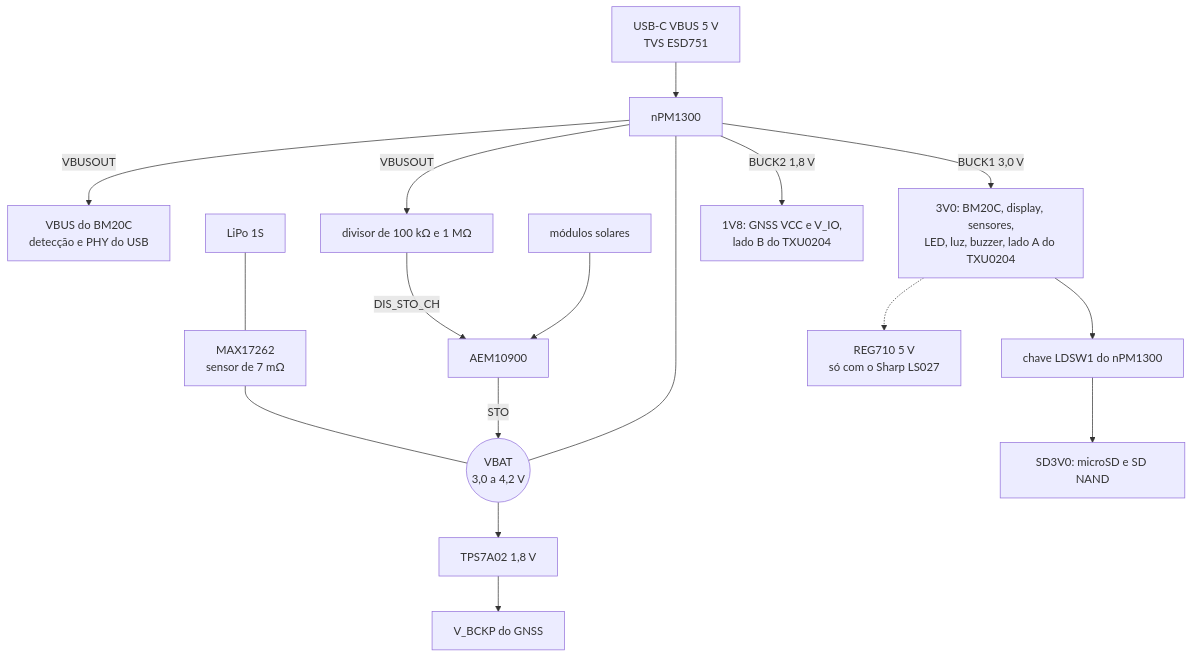
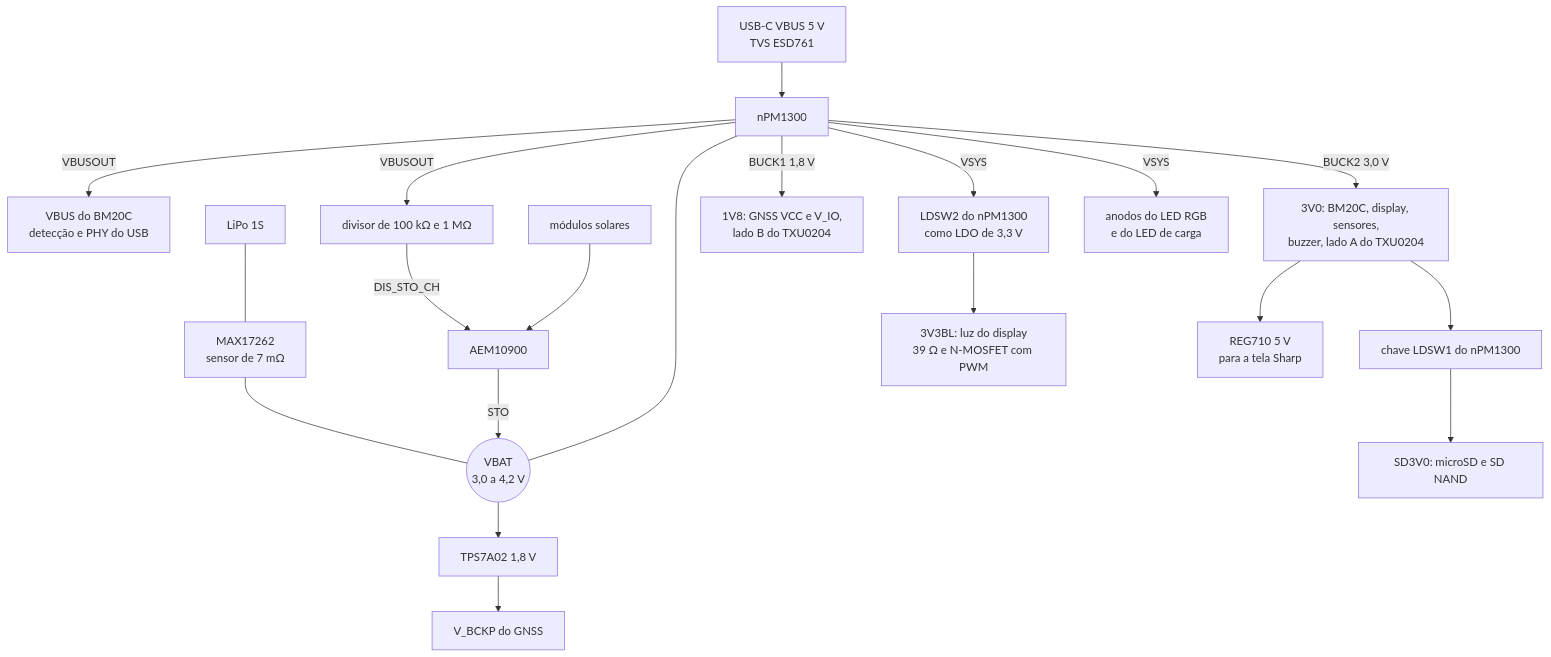
Before and after one commit to Guiimartinho/gnss-bike-computer: the second of 3 diagrams in docs/14-hardware-placa-nova.md, drawn with Mermaid. The commit also changed other lines of this file and 13 other files, not shown here.

````diff
--- a/docs/14-hardware-placa-nova.md
+++ b/docs/14-hardware-placa-nova.md
@@ -81,19 +81,22 @@
 ```mermaid
 flowchart TD
-    VBUS["USB-C VBUS 5 V<br/>TVS ESD751"] --> PMIC["nPM1300"]
+    VBUS["USB-C VBUS 5 V<br/>TVS ESD761"] --> PMIC["nPM1300"]
     PMIC -->|"VBUSOUT"| NRFVBUS["VBUS do BM20C<br/>detecção e PHY do USB"]
     PMIC -->|"VBUSOUT"| DIV["divisor de 100 kΩ e 1 MΩ"]
     DIV -->|"DIS_STO_CH"| AEM
     CELL["LiPo 1S"] --- GAUGE["MAX17262<br/>sensor de 7 mΩ"]
     GAUGE --- VBAT(("VBAT<br/>3,0 a 4,2 V"))
     VBAT --- PMIC
     PV["módulos solares"] --> AEM["AEM10900"]
     AEM -->|"STO"| VBAT
     VBAT --> LDO["TPS7A02 1,8 V"]
     LDO --> VBCKP["V_BCKP do GNSS"]
-    PMIC -->|"BUCK1 3,0 V"| R3V0["3V0: BM20C, display, sensores,<br/>LED, luz, buzzer, lado A do TXU0204"]
-    PMIC -->|"BUCK2 1,8 V"| R1V8["1V8: GNSS VCC e V_IO,<br/>lado B do TXU0204"]
+    PMIC -->|"BUCK2 3,0 V"| R3V0["3V0: BM20C, display, sensores,<br/>buzzer, lado A do TXU0204"]
+    PMIC -->|"BUCK1 1,8 V"| R1V8["1V8: GNSS VCC e V_IO,<br/>lado B do TXU0204"]
     R3V0 --> LSW["chave LDSW1 do nPM1300"]
     LSW --> RSD["SD3V0: microSD e SD NAND"]
-    R3V0 -.-> CP["REG710 5 V<br/>só com o Sharp LS027"]
+    PMIC -->|"VSYS"| LDO2["LDSW2 do nPM1300<br/>como LDO de 3,3 V"]
+    LDO2 --> RBL["3V3BL: luz do display<br/>39 Ω e N-MOSFET com PWM"]
+    PMIC -->|"VSYS"| RLED["anodos do LED RGB<br/>e do LED de carga"]
+    R3V0 --> CP["REG710 5 V<br/>para a tela Sharp"]
 ```
````
